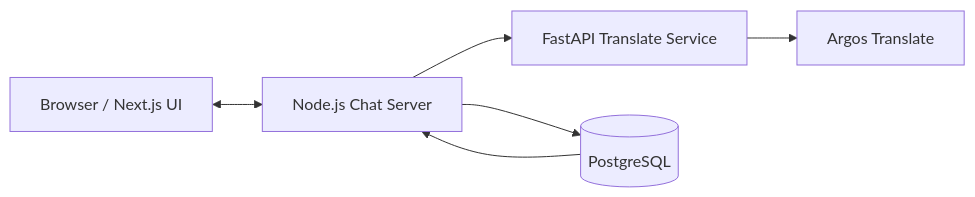
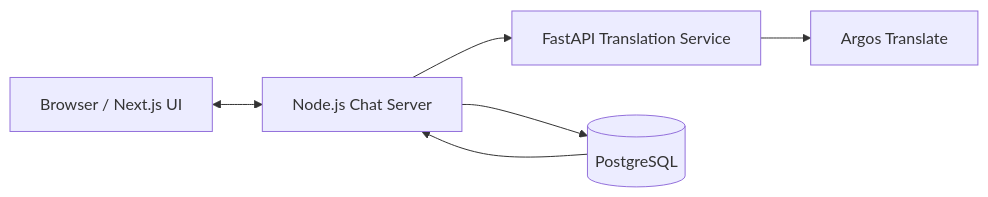
Before and after one commit to akitouemura-lab/trans-chat: the first of 2 diagrams in README.md, drawn with Mermaid. The commit also changed other lines of this file, not shown here.

````diff
--- a/README.md
+++ b/README.md
@@ -85,14 +124,14 @@
 ```mermaid
 flowchart LR
     Browser[Browser / Next.js UI]
     ChatServer[Node.js Chat Server]
-    TranslateService[FastAPI Translate Service]
+    TranslateService[FastAPI Translation Service]
     TranslationEngine[Argos Translate]
     Database[(PostgreSQL)]
 
     Browser <--> ChatServer
     ChatServer --> TranslateService
     TranslateService --> TranslationEngine
     ChatServer --> Database
     Database --> ChatServer
 ```
````
